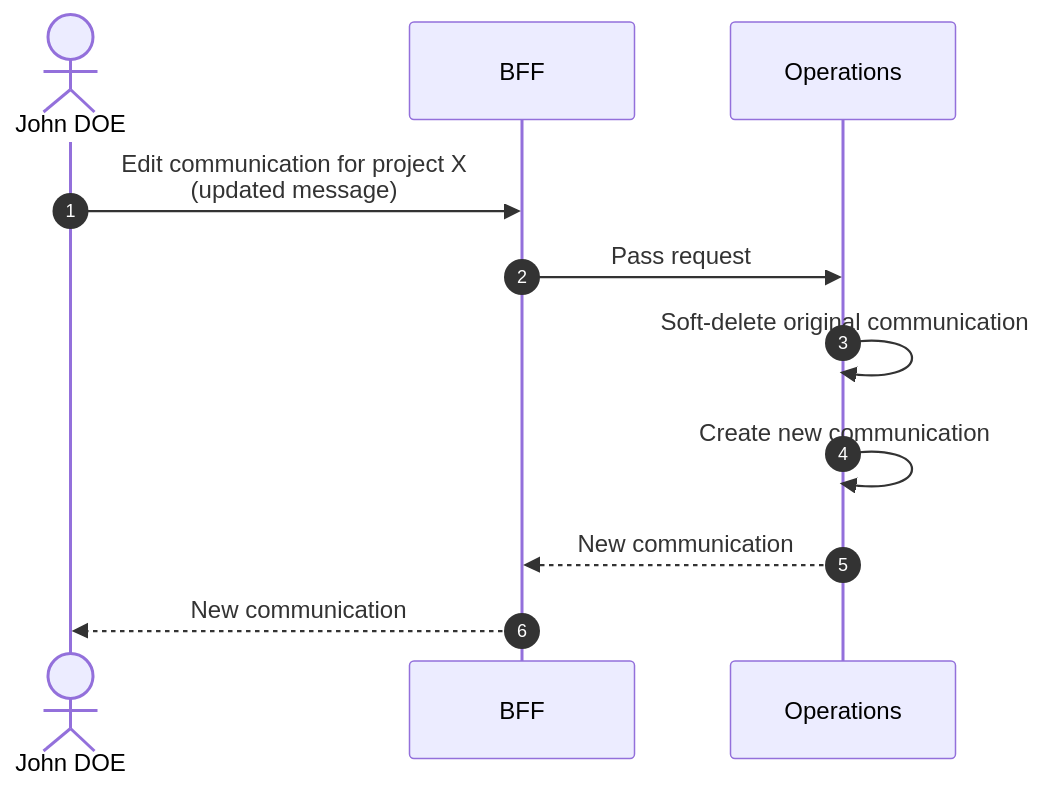
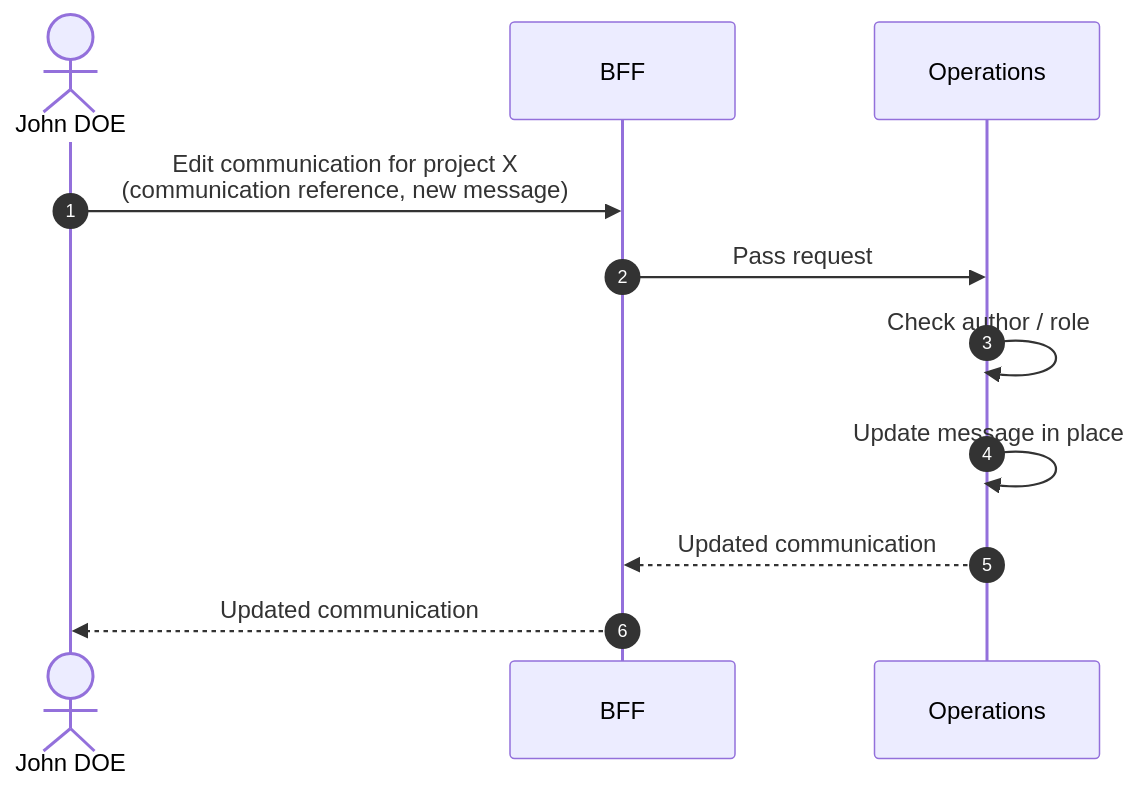
One commit to laucoin/my-project--documentation changed the diagram in functional/features/edit-communication.md. Above: the diagram before and after it, drawn with Mermaid. The commit also changed other lines of this file and 60 other files, not shown here.

````diff
--- a/functional/features/edit-communication.md
+++ b/functional/features/edit-communication.md
@@ -48,11 +43,11 @@
 ```mermaid
 sequenceDiagram
     autonumber
     actor John DOE
-    John DOE ->> BFF: Edit communication for project X<br/>(updated message)
+    John DOE ->> BFF: Edit communication for project X<br/>(communication reference, new message)
     BFF ->> Operations: Pass request
-    Operations ->> Operations: Soft-delete original communication
-    Operations ->> Operations: Create new communication
-    Operations -->> BFF: New communication
-    BFF -->> John DOE: New communication
+    Operations ->> Operations: Check author / role
+    Operations ->> Operations: Update message in place
+    Operations -->> BFF: Updated communication
+    BFF -->> John DOE: Updated communication
 ```
````
